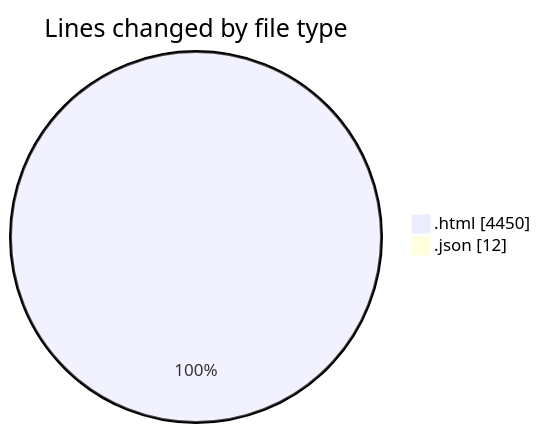
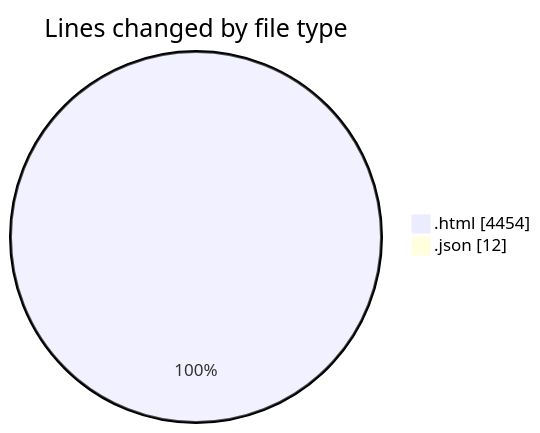
Before and after one commit to momahboobian/code-tracking: the first of 2 diagrams in 2026-05-21/pdf_invoice/README.md, drawn with Mermaid. The commit also changed other lines of this file and 1 other file, not shown here.

````diff
--- a/2026-05-21/pdf_invoice/README.md
+++ b/2026-05-21/pdf_invoice/README.md
@@ -26,6 +26,6 @@
 ```mermaid
 pie showData
 title Lines changed by file type
-".html" : 4450
+".html" : 4454
 ".json" : 12
 ```
````
